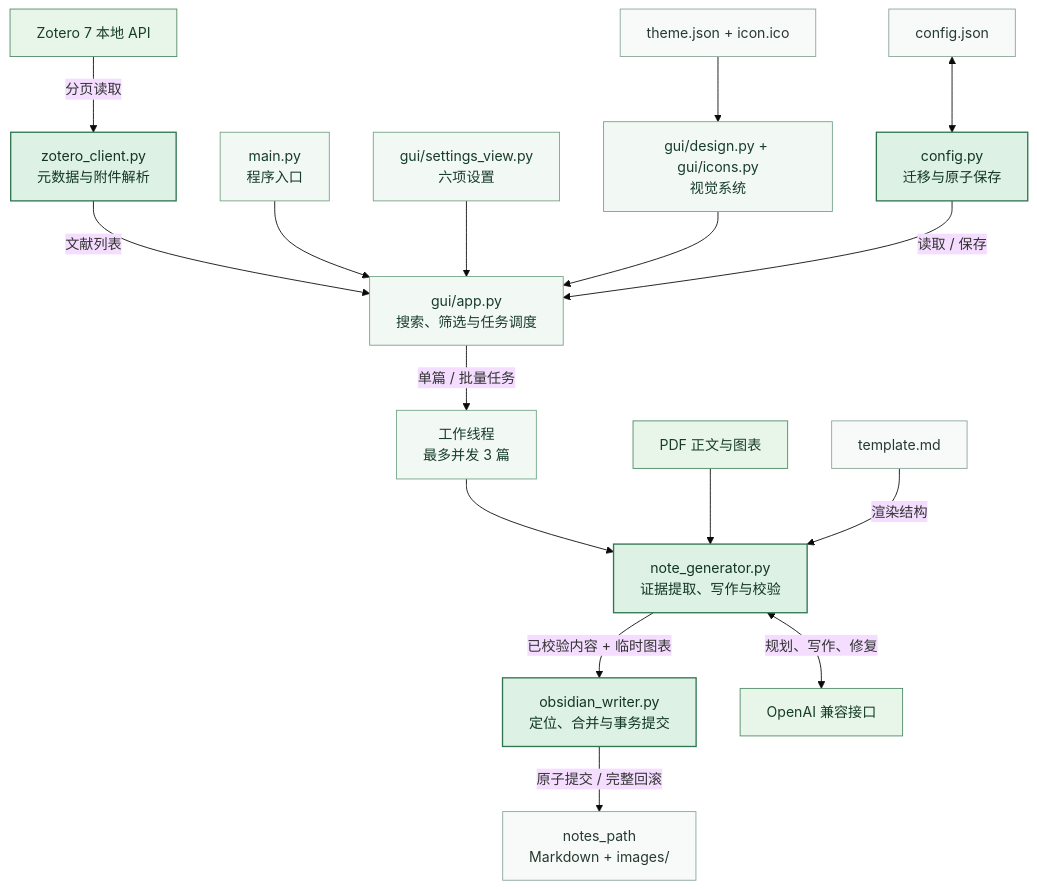
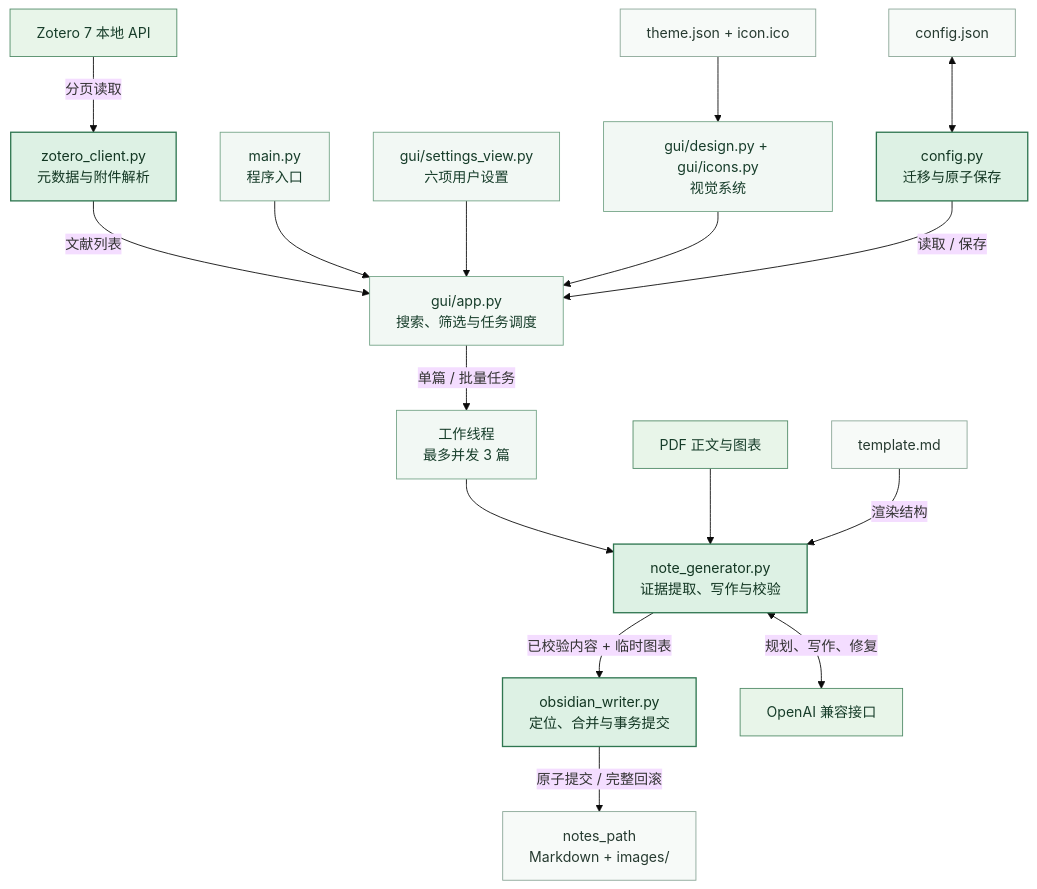
Before and after one commit to S0gn-G/ZOTERO-OBS: the diagram in README.md, drawn with Mermaid. The commit also changed other lines of this file and 13 other files, not shown here.

````diff
--- a/README.md
+++ b/README.md
@@ -129,32 +132,32 @@
 ```mermaid
-%%{init: {"theme": "base", "themeVariables": {"fontFamily": "Noto Sans SC, Microsoft YaHei, sans-serif"}}}%%
+%%{init: {"theme": "base", "themeVariables": {"fontFamily": "Microsoft YaHei UI, sans-serif"}}}%%
 flowchart TB
     ZOTERO["Zotero 7 本地 API"] -->|"分页读取"| ZCLIENT["zotero_client.py<br/>元数据与附件解析"]
     ZCLIENT -->|"文献列表"| APP["gui/app.py<br/>搜索、筛选与任务调度"]
     APP -->|"单篇 / 批量任务"| WORKERS["工作线程<br/>最多并发 3 篇"]
     WORKERS --> GENERATOR["note_generator.py<br/>证据提取、写作与校验"]
     GENERATOR -->|"已校验内容 + 临时图表"| WRITER["obsidian_writer.py<br/>定位、合并与事务提交"]
     WRITER -->|"原子提交 / 完整回滚"| NOTES["notes_path<br/>Markdown + images/"]
 
     ENTRY["main.py<br/>程序入口"] --> APP
-    SETTINGS["gui/settings_view.py<br/>六项设置"] --> APP
+    SETTINGS["gui/settings_view.py<br/>六项用户设置"] --> APP
     VISUAL["gui/design.py + gui/icons.py<br/>视觉系统"] --> APP
 
     CFGFILE["config.json"] <--> CONFIG["config.py<br/>迁移与原子保存"]
     CONFIG -->|"读取 / 保存"| APP
     THEME["theme.json + icon.ico"] --> VISUAL
 
     PDF["PDF 正文与图表"] --> GENERATOR
     TEMPLATE["template.md"] -->|"渲染结构"| GENERATOR
     GENERATOR <-->|"规划、写作、修复"| LLM["OpenAI 兼容接口"]
 
     classDef source fill:#E8F5E9,stroke:#4F8A66,color:#173D2A,stroke-width:1px;
     classDef ui fill:#F2F8F4,stroke:#74A487,color:#173D2A,stroke-width:1px;
     classDef core fill:#DDF1E4,stroke:#2F7650,color:#123622,stroke-width:1.5px;
     classDef storage fill:#F7FAF8,stroke:#8AA697,color:#263A30,stroke-width:1px;
 
     class ZOTERO,PDF,LLM source;
     class ENTRY,APP,SETTINGS,VISUAL,WORKERS ui;
     class ZCLIENT,GENERATOR,WRITER,CONFIG core;
     class CFGFILE,THEME,TEMPLATE,NOTES storage;
 ```
````
